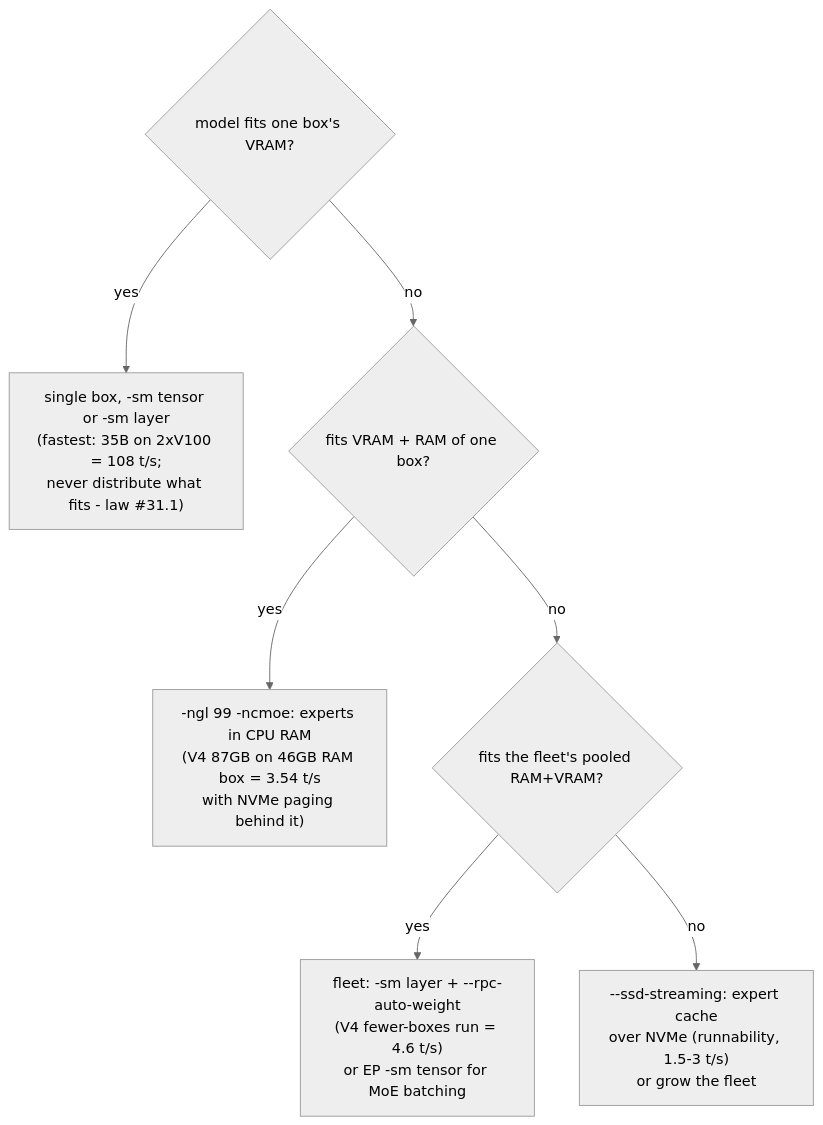
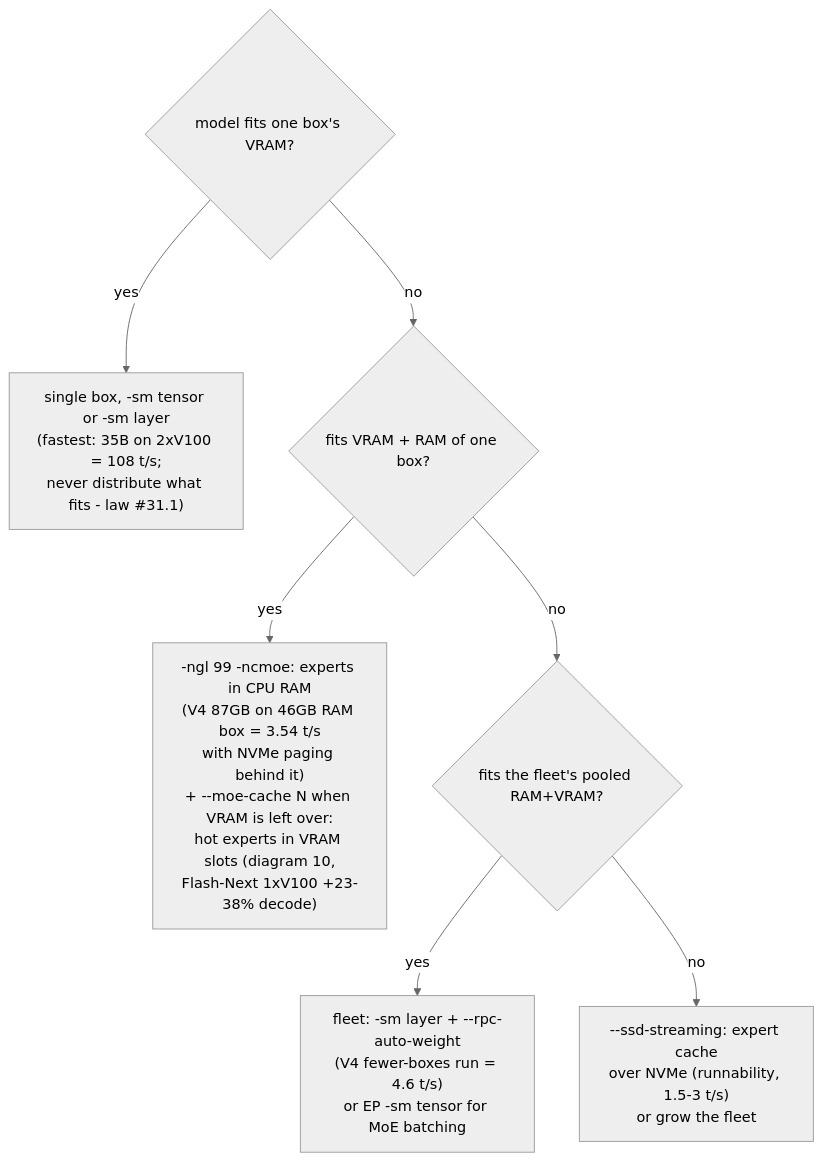
Before and after one commit to anyei/llamacpp-v100: the first of 11 diagrams in docs/architecture-diagrams.md, drawn with Mermaid (neutral theme). The commit also changed other lines of this file and 19 other files, not shown here.

````diff
--- a/docs/architecture-diagrams.md
+++ b/docs/architecture-diagrams.md
@@ -13,9 +14,9 @@
 ```mermaid
 flowchart TD
     A{"model fits one box's VRAM?"} -->|yes| B["single box, -sm tensor or -sm layer<br/>(fastest: 35B on 2xV100 = 108 t/s;<br/>never distribute what fits - law #31.1)"]
     A -->|no| C{"fits VRAM + RAM of one box?"}
-    C -->|yes| D["-ngl 99 -ncmoe: experts in CPU RAM<br/>(V4 87GB on 46GB RAM box = 3.54 t/s<br/>with NVMe paging behind it)"]
+    C -->|yes| D["-ngl 99 -ncmoe: experts in CPU RAM<br/>(V4 87GB on 46GB RAM box = 3.54 t/s<br/>with NVMe paging behind it)<br/>+ --moe-cache N when VRAM is left over:<br/>hot experts in VRAM slots (diagram 10,<br/>Flash-Next 1xV100 +23-38% decode)"]
     C -->|no| E{"fits the fleet's pooled RAM+VRAM?"}
     E -->|yes| F["fleet: -sm layer + --rpc-auto-weight<br/>(V4 fewer-boxes run = 4.6 t/s)<br/>or EP -sm tensor for MoE batching"]
     E -->|no| G["--ssd-streaming: expert cache<br/>over NVMe (runnability, 1.5-3 t/s)<br/>or grow the fleet"]
 ```
````
